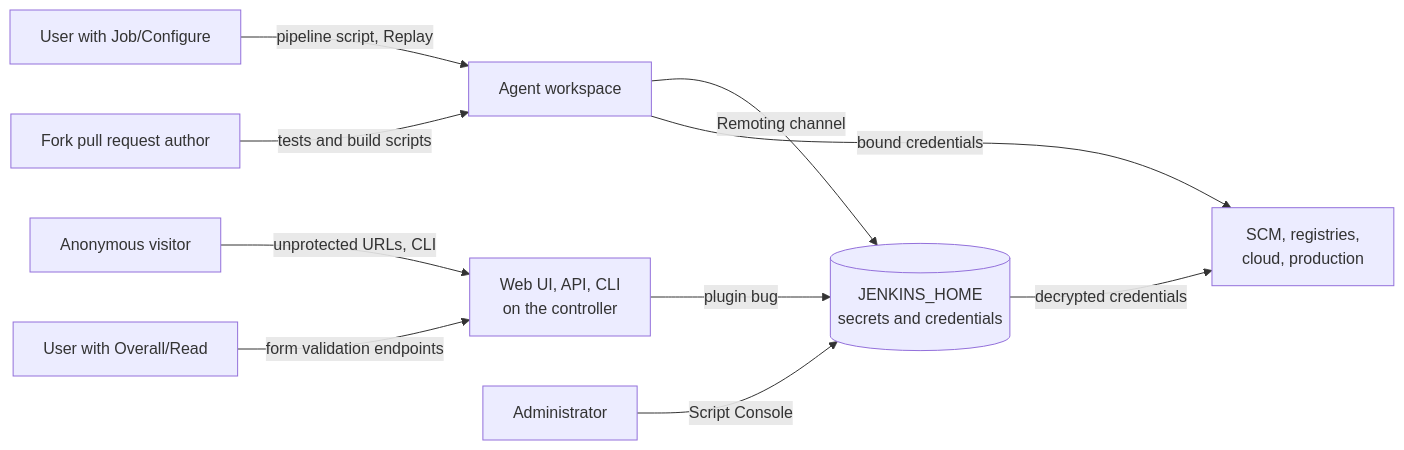
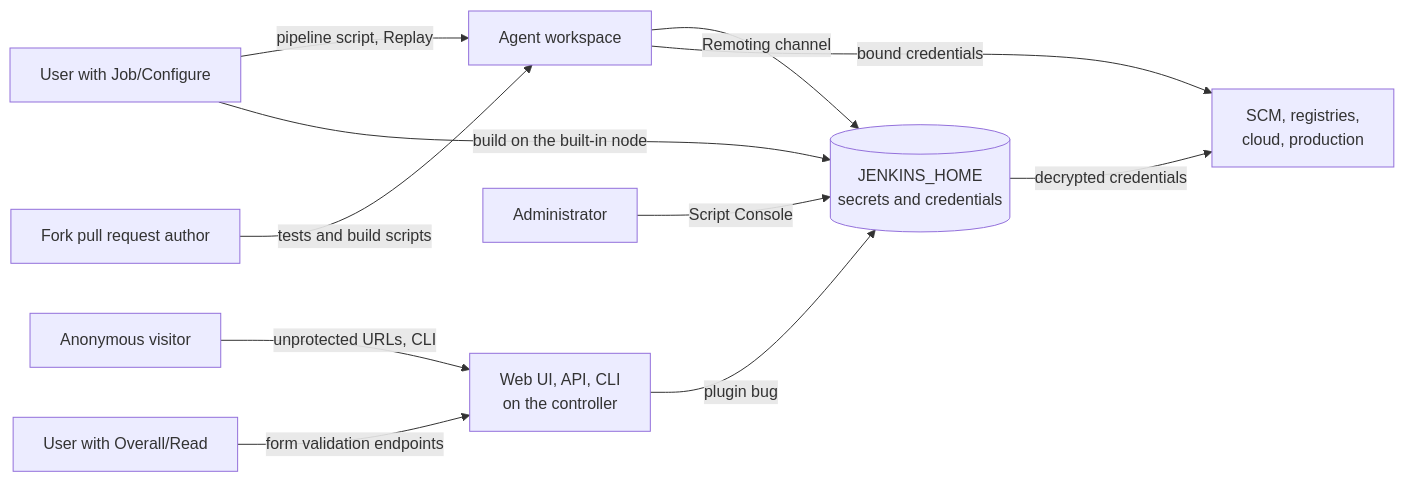
Before and after one commit to rya-sge/access-denied: the first of 2 diagrams in _posts/2026-11-17-jenkins-security.md, drawn with Mermaid. The commit also changed other lines of this file and 24 other files, not shown here.

````diff
--- a/_posts/2026-11-17-jenkins-security.md
+++ b/_posts/2026-11-17-jenkins-security.md
@@ -49,12 +56,13 @@
 ```mermaid
 flowchart LR
     ANON["Anonymous visitor"] -->|"unprotected URLs, CLI"| WEB["Web UI, API, CLI<br/>on the controller"]
     RD["User with Overall/Read"] -->|"form validation endpoints"| WEB
     CFG["User with Job/Configure"] -->|"pipeline script, Replay"| AG["Agent workspace"]
+    CFG -->|"build on the built-in node"| HOME
     PR["Fork pull request author"] -->|"tests and build scripts"| AG
     ADM["Administrator"] -->|"Script Console"| HOME[("JENKINS_HOME<br/>secrets and credentials")]
     WEB -->|"plugin bug"| HOME
     AG -->|"Remoting channel"| HOME
     AG -->|"bound credentials"| TGT["SCM, registries,<br/>cloud, production"]
     HOME -->|"decrypted credentials"| TGT
 ```
````
